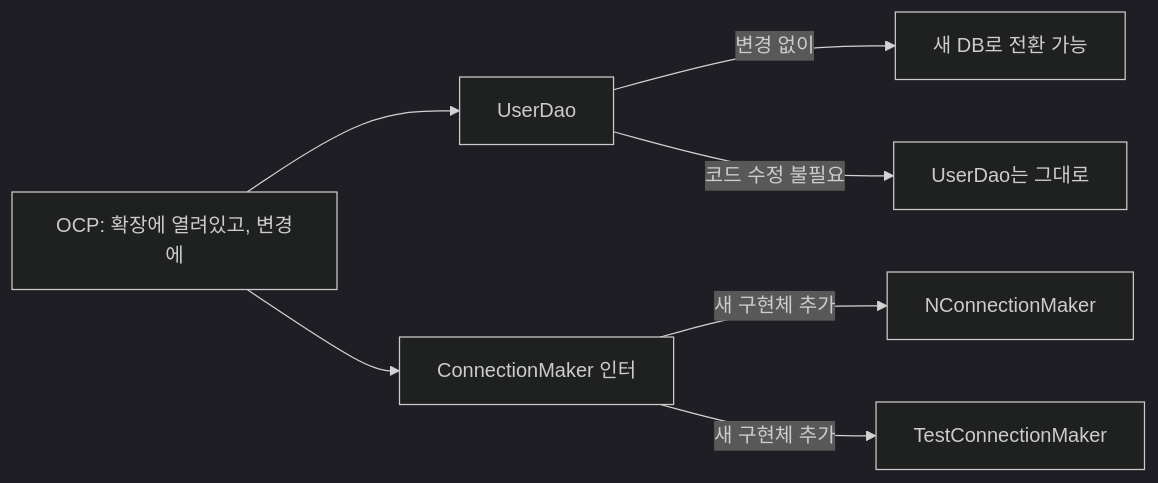
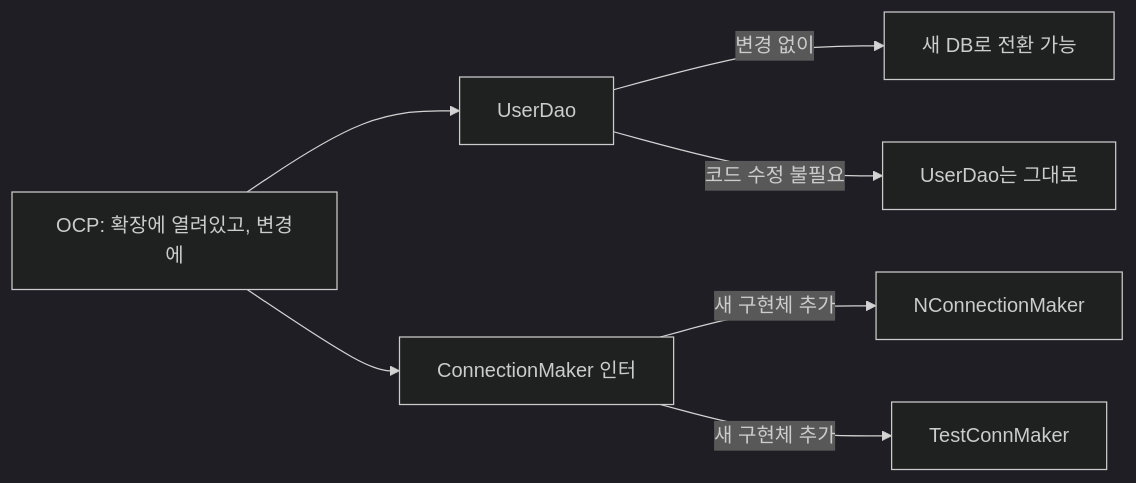
One commit to yjkim2015/yjkim2015.github.io changed the second of 7 diagrams in _posts/spring/2026-05-02-spring6-principles.md. Above: the diagram before and after it, drawn with Mermaid (dark theme). The commit also changed other lines of this file and 245 other files, not shown here.

First line of the commit message:
Mermaid 다이어그램 전면 수정 + 면접 포인트 접기/펼치기 + DB 데드락 페이지

````diff
--- a/_posts/spring/2026-05-02-spring6-principles.md
+++ b/_posts/spring/2026-05-02-spring6-principles.md
@@ -91,9 +91,9 @@
 ```mermaid
 graph LR
     A["OCP: 확장에 열려있고, 변경에"] --> B[UserDao]
     A --> C["ConnectionMaker 인터"]
     B -->|"변경 없이"| D["새 DB로 전환 가능"]
     C -->|"새 구현체 추가"| E[NConnectionMaker]
-    C -->|"새 구현체 추가"| F[TestConnectionMaker]
+    C -->|"새 구현체 추가"| F[TestConnMaker]
     B -->|"코드 수정 불필요"| G["UserDao는 그대로"]
 ```
````
